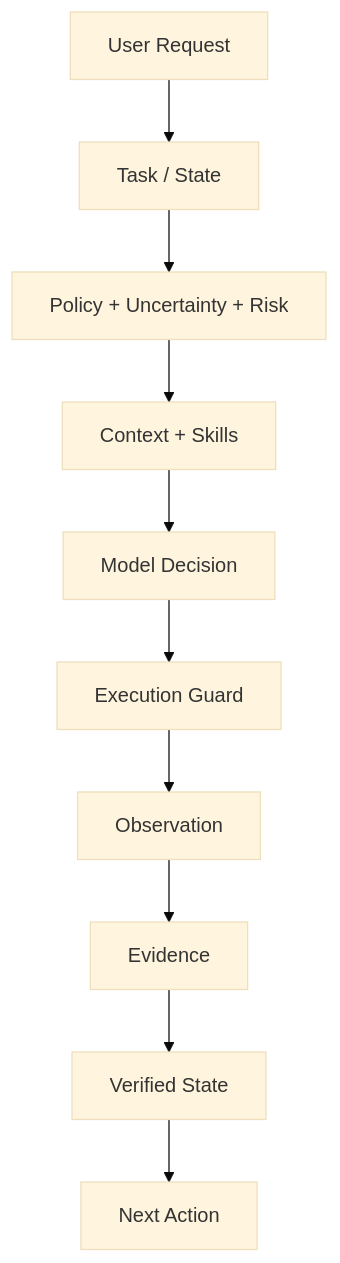
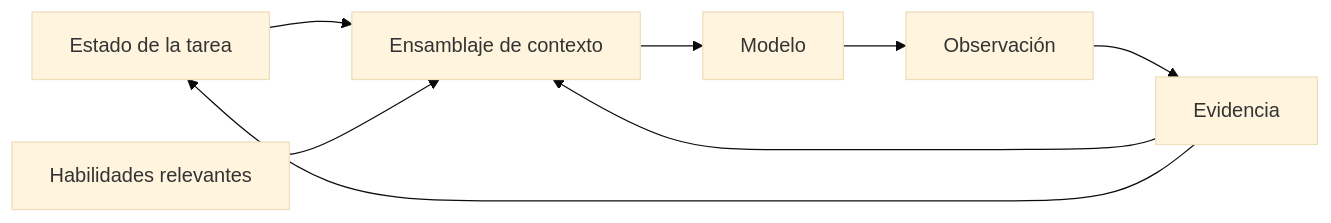
Before and after one commit to khnker/opencode-wait-a-minute: the diagram in README.md, drawn with Mermaid (base theme). The commit also changed other lines of this file, not shown here.

````diff
--- a/README.md
+++ b/README.md
@@ -56,12 +42,10 @@
 ```mermaid
-flowchart TD
-    R[User Request] --> T[Task / State]
-    T --> P[Policy + Uncertainty + Risk]
-    P --> C[Context + Skills]
-    C --> M[Model Decision]
-    M --> G[Execution Guard]
-    G --> O[Observation]
-    O --> E[Evidence]
-    E --> V[Verified State]
-    V --> N[Next Action]
+flowchart LR
+    S[Estado de la tarea] --> C[Ensamblaje de contexto]
+    K[Habilidades relevantes] --> C
+    E[Evidencia] --> C
+    C --> M[Modelo]
+    M --> O[Observación]
+    O --> E
+    E --> S
 ```
````
